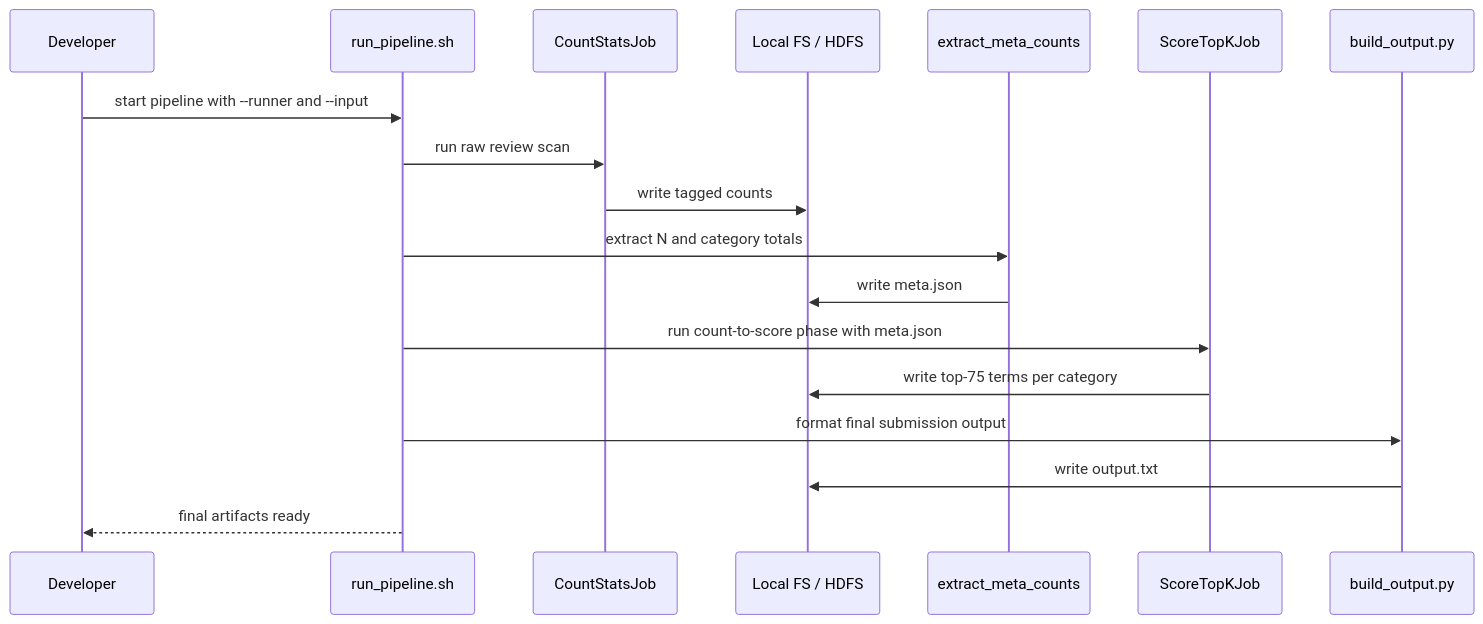
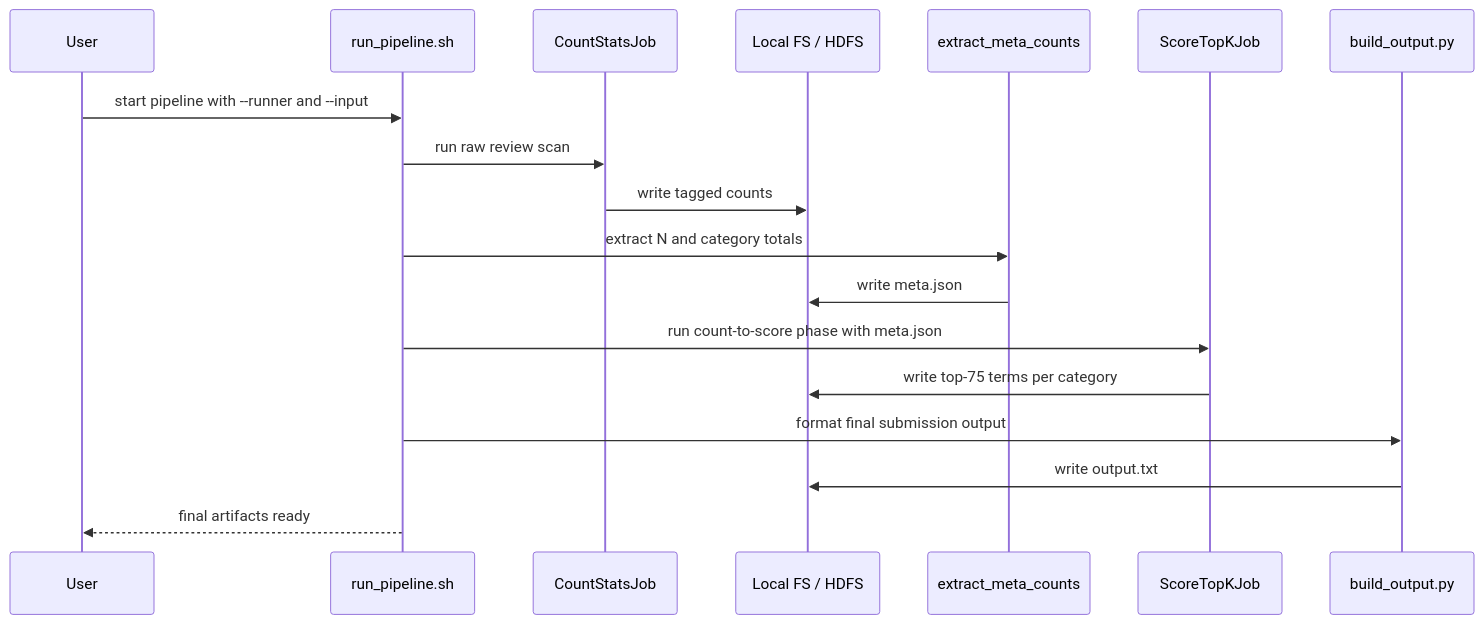
The diagram in Task1/requirements/arch.md (eetomilin-ops/Data-intensive-Computing-2026), drawn with Mermaid before and after one commit. The commit also changed other lines of this file, not shown here.

````diff
--- a/Task1/requirements/arch.md
+++ b/Task1/requirements/arch.md
@@ -39,21 +39,21 @@
 ```mermaid
 sequenceDiagram
-    participant Dev as Developer
+    participant Usr as User
     participant Runner as run_pipeline.sh
     participant Count as CountStatsJob
     participant Store as Local FS / HDFS
     participant Meta as extract_meta_counts
     participant Score as ScoreTopKJob
     participant Build as build_output.py
 
-    Dev->>Runner: start pipeline with --runner and --input
+    Usr->>Runner: start pipeline with --runner and --input
     Runner->>Count: run raw review scan
     Count->>Store: write tagged counts
     Runner->>Meta: extract N and category totals
     Meta->>Store: write meta.json
     Runner->>Score: run count-to-score phase with meta.json
     Score->>Store: write top-75 terms per category
     Runner->>Build: format final submission output
     Build->>Store: write output.txt
-    Runner-->>Dev: final artifacts ready
+    Runner-->>Usr: final artifacts ready
 ```
````
